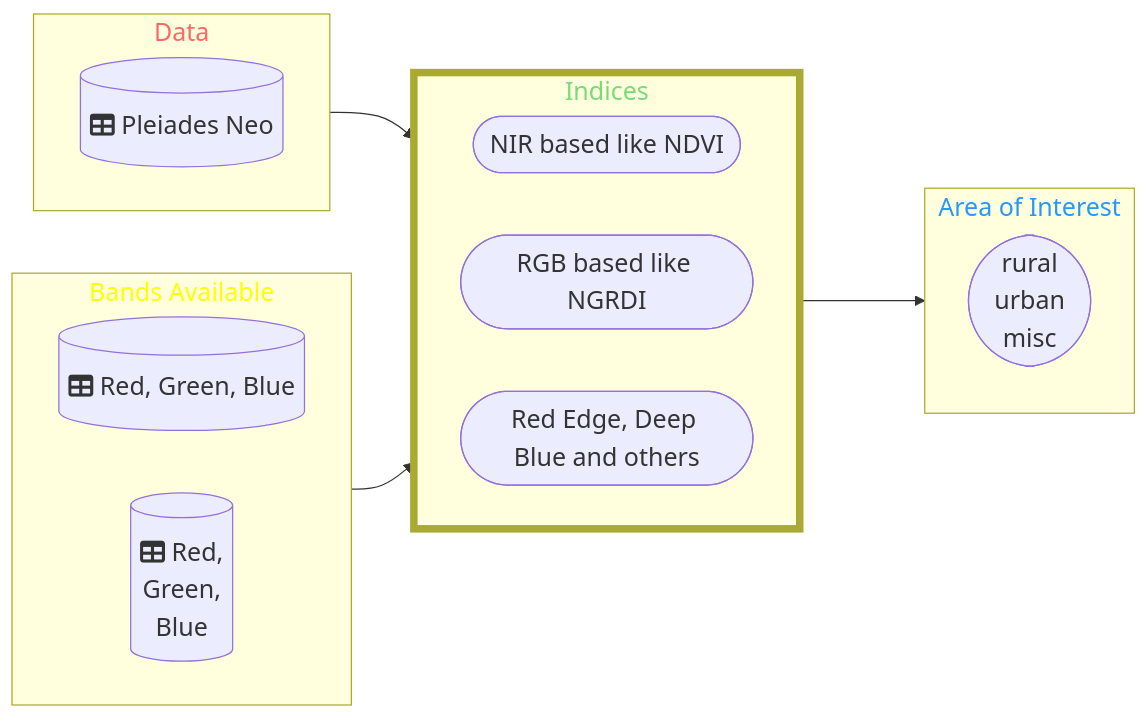
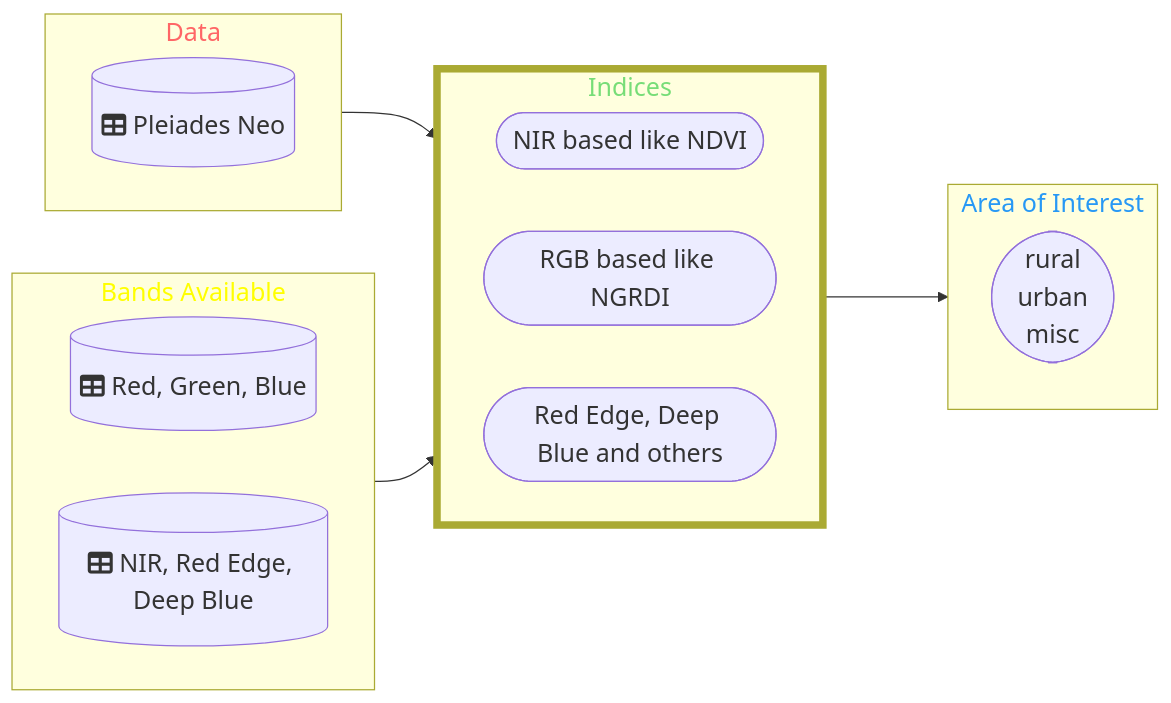
Before and after one commit to DippoldEJ/Feature-Detection-and-Explanation: the diagram in Area-Features/README.md, drawn with Mermaid.

````diff
--- a/Area-Features/README.md
+++ b/Area-Features/README.md
@@ -14,42 +14,42 @@
 ```mermaid
 flowchart LR;
 %%{init: {
 	'themeVariables': { 'fontSize': '20px', 'fontFamily': 'Didot'}
 	}
 }%%
 
  subgraph n[Data]
         direction LR
         b[(fa:fa-table Pleiades Neo)]
     end
 
  subgraph q[Bands Available]
         direction LR
         r[(fa:fa-table Red, Green, Blue)]
-        h[(fa:fa-table Red, <br /> Green, <br /> Blue)]
+        h[(fa:fa-table NIR, Red Edge, Deep Blue)]
     end
 
  subgraph o[Indices]
         direction LR
         j([NIR based like NDVI])
         c([RGB based like NGRDI])
         m([Red Edge, Deep Blue and others])
     end
 
 subgraph p[Area of Interest]
     a([rural <br /> urban  <br />  misc])
     end
 
 style n color:#f66
 style o stroke-width:6px
 style o color:#77DD77
 
 style p color:#2798F5
 style q color:#FFFF00
 
 n-->o
 o-->p
 q-->o
 
 
 ```
````
